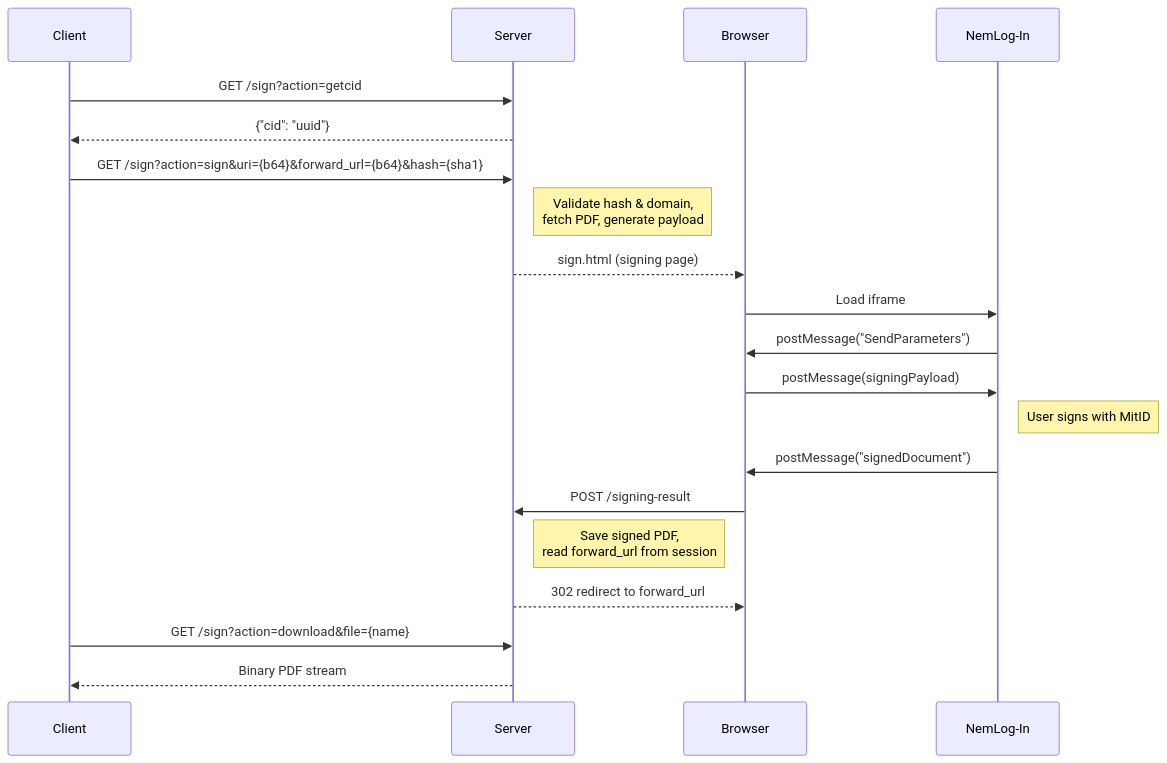
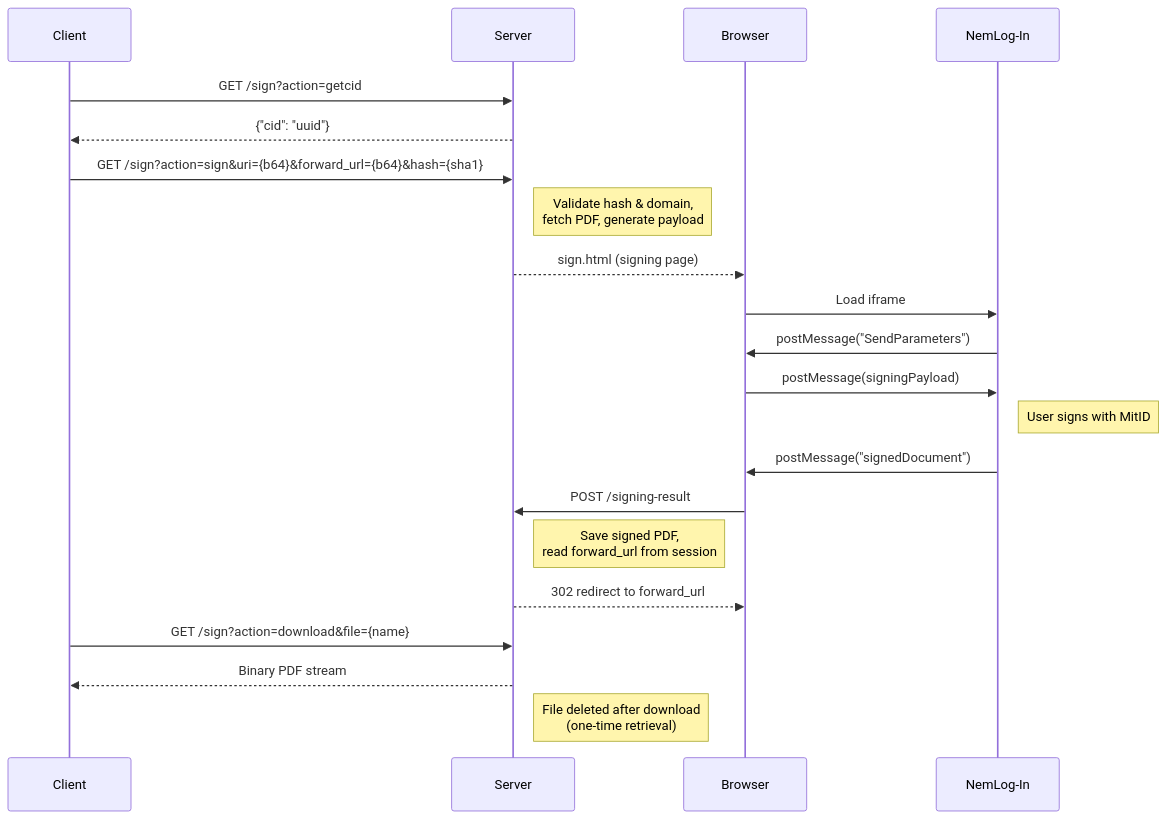
One commit to itk-dev/itkdev_signing_server changed the diagram in README.md. Above: the diagram before and after it, drawn with Mermaid. The commit also changed other lines of this file and 6 other files, not shown here.

````diff
--- a/README.md
+++ b/README.md
@@ -149,27 +149,28 @@
 ```mermaid
 sequenceDiagram
     participant Client
     participant Server
     participant Browser
     participant NemLog-In
 
     Client->>Server: GET /sign?action=getcid
     Server-->>Client: {"cid": "uuid"}
 
     Client->>Server: GET /sign?action=sign&uri={b64}&forward_url={b64}&hash={sha1}
     Note right of Server: Validate hash & domain,<br/>fetch PDF, generate payload
     Server-->>Browser: sign.html (signing page)
 
     Browser->>NemLog-In: Load iframe
     NemLog-In->>Browser: postMessage("SendParameters")
     Browser->>NemLog-In: postMessage(signingPayload)
     Note right of NemLog-In: User signs with MitID
     NemLog-In->>Browser: postMessage("signedDocument")
 
     Browser->>Server: POST /signing-result
     Note right of Server: Save signed PDF,<br/>read forward_url from session
     Server-->>Browser: 302 redirect to forward_url
 
     Client->>Server: GET /sign?action=download&file={name}
     Server-->>Client: Binary PDF stream
+    Note right of Server: File deleted after download<br/>(one-time retrieval)
 ```
````
